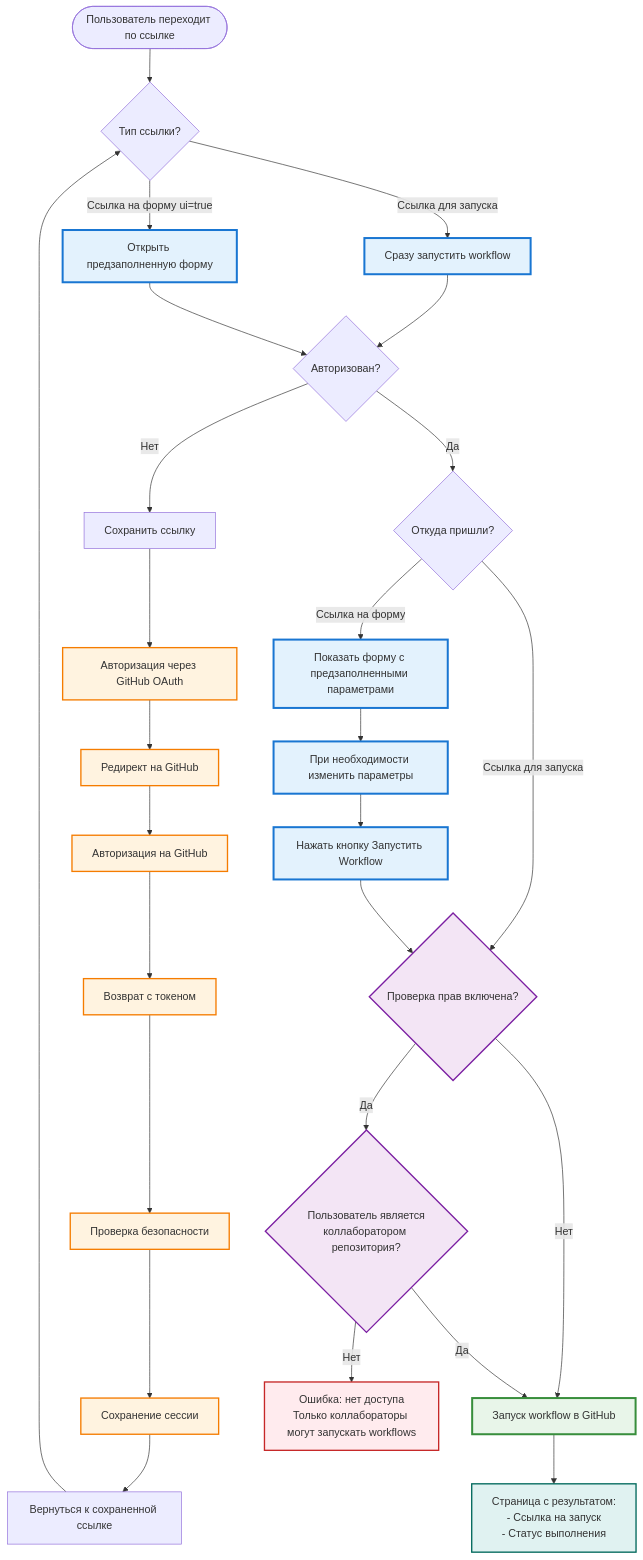
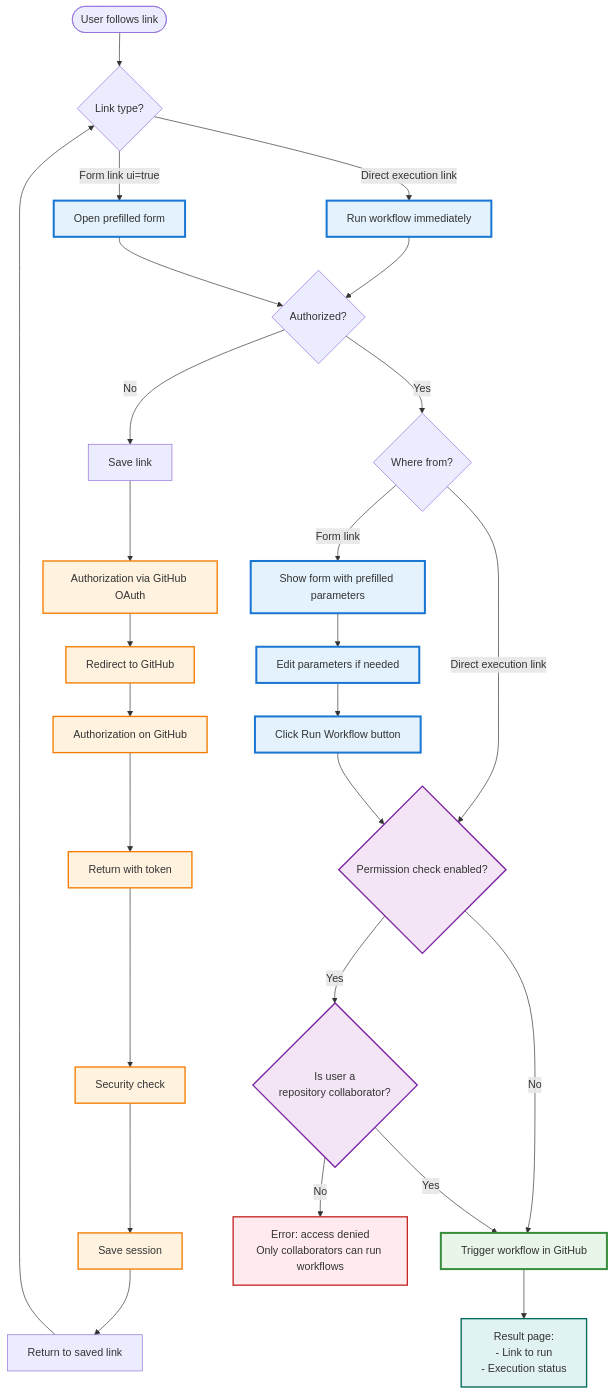
One commit to naspirato/github_action_executor changed the second of 6 diagrams in README-EXTENDED.md. Above: the diagram before and after it, drawn with Mermaid. The commit also changed other lines of this file and 1 other file, not shown here.

First line of the commit message:
Update documentation for Quick Start and README-EXTENDED

````diff
--- a/README-EXTENDED.md
+++ b/README-EXTENDED.md
@@ -139,46 +139,46 @@
 ```mermaid
 flowchart TD
-    Start([Пользователь переходит по ссылке]) --> CheckLinkType{Тип ссылки?}
-    CheckLinkType -->|Ссылка для запуска| DirectLaunch[Сразу запустить workflow]
-    CheckLinkType -->|Ссылка на форму ui=true| PrefilledForm[Открыть предзаполненную форму]
+    Start([User follows link]) --> CheckLinkType{Link type?}
+    CheckLinkType -->|Direct execution link| DirectLaunch[Run workflow immediately]
+    CheckLinkType -->|Form link ui=true| PrefilledForm[Open prefilled form]
     
-    DirectLaunch --> CheckAuth{Авторизован?}
+    DirectLaunch --> CheckAuth{Authorized?}
     PrefilledForm --> CheckAuth
     
-    CheckAuth -->|Нет| SaveLink[Сохранить ссылку]
-    SaveLink --> Login[Авторизация через GitHub OAuth]
-    Login --> OAuth[Редирект на GitHub]
-    OAuth --> GitHubAuth[Авторизация на GitHub]
-    GitHubAuth --> Callback[Возврат с токеном]
-    Callback --> Verify[Проверка безопасности]
-    Verify --> SaveSession[Сохранение сессии]
-    SaveSession --> RestoreLink[Вернуться к сохраненной ссылке]
+    CheckAuth -->|No| SaveLink[Save link]
+    SaveLink --> Login[Authorization via GitHub OAuth]
+    Login --> OAuth[Redirect to GitHub]
+    OAuth --> GitHubAuth[Authorization on GitHub]
+    GitHubAuth --> Callback[Return with token]
+    Callback --> Verify[Security check]
+    Verify --> SaveSession[Save session]
+    SaveSession --> RestoreLink[Return to saved link]
     RestoreLink --> CheckLinkType
     
-    CheckAuth -->|Да| AfterAuth{Откуда пришли?}
-    AfterAuth -->|Ссылка для запуска| CheckPerm{Проверка прав включена?}
-    AfterAuth -->|Ссылка на форму| ShowPrefilledForm[Показать форму с предзаполненными параметрами]
-    ShowPrefilledForm --> EditParams[При необходимости изменить параметры]
-    EditParams --> SubmitForm["Нажать кнопку Запустить Workflow"]
+    CheckAuth -->|Yes| AfterAuth{Where from?}
+    AfterAuth -->|Direct execution link| CheckPerm{Permission check enabled?}
+    AfterAuth -->|Form link| ShowPrefilledForm[Show form with prefilled parameters]
+    ShowPrefilledForm --> EditParams[Edit parameters if needed]
+    EditParams --> SubmitForm["Click Run Workflow button"]
     SubmitForm --> CheckPerm
     
-    CheckPerm -->|Нет| TriggerWorkflow
-    CheckPerm -->|Да| CheckCollaborator{Пользователь является<br/>коллаборатором репозитория?}
-    CheckCollaborator -->|Нет| ErrorAccess["Ошибка: нет доступа<br/>Только коллабораторы могут запускать workflows"]
-    CheckCollaborator -->|Да| TriggerWorkflow[Запуск workflow в GitHub]
-    TriggerWorkflow --> SuccessPage["Страница с результатом:<br/>- Ссылка на запуск<br/>- Статус выполнения"]
+    CheckPerm -->|No| TriggerWorkflow
+    CheckPerm -->|Yes| CheckCollaborator{Is user a<br/>repository collaborator?}
+    CheckCollaborator -->|No| ErrorAccess["Error: access denied<br/>Only collaborators can run workflows"]
+    CheckCollaborator -->|Yes| TriggerWorkflow[Trigger workflow in GitHub]
+    TriggerWorkflow --> SuccessPage["Result page:<br/>- Link to run<br/>- Execution status"]
     
     classDef userAction fill:#e3f2fd,stroke:#1976d2,stroke-width:3px
     classDef authClass fill:#fff3e0,stroke:#f57c00,stroke-width:2px
     classDef checkClass fill:#f3e5f5,stroke:#7b1fa2,stroke-width:2px
     classDef triggerClass fill:#e8f5e9,stroke:#388e3c,stroke-width:3px
     classDef errorClass fill:#ffebee,stroke:#c62828,stroke-width:2px
     classDef resultClass fill:#e0f2f1,stroke:#00695c,stroke-width:2px
     
     class DirectLaunch,PrefilledForm,ShowPrefilledForm,EditParams,SubmitForm userAction
     class Login,OAuth,GitHubAuth,Callback,Verify,SaveSession authClass
     class CheckPerm,CheckCollaborator checkClass
     class TriggerWorkflow triggerClass
     class ErrorAccess errorClass
     class SuccessPage resultClass
 ```
````
